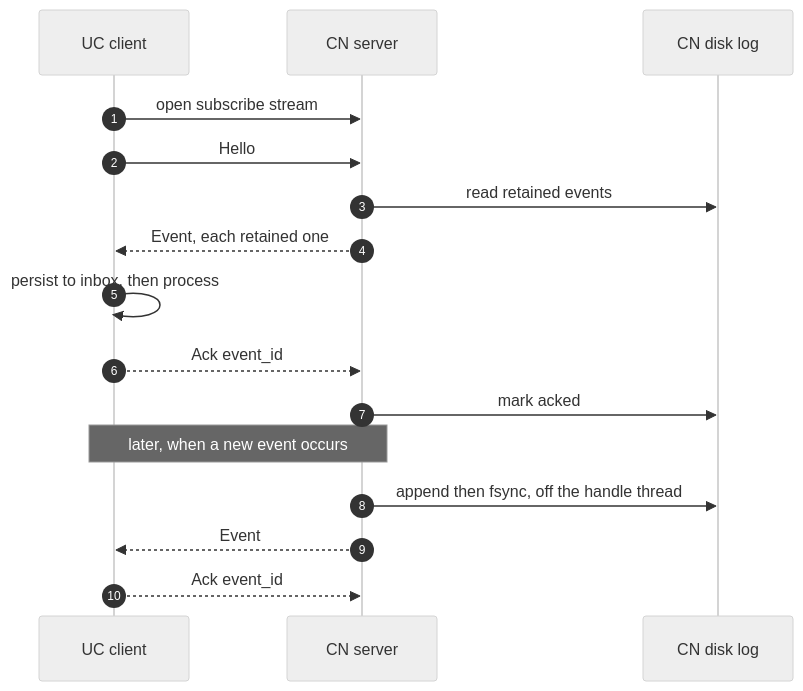
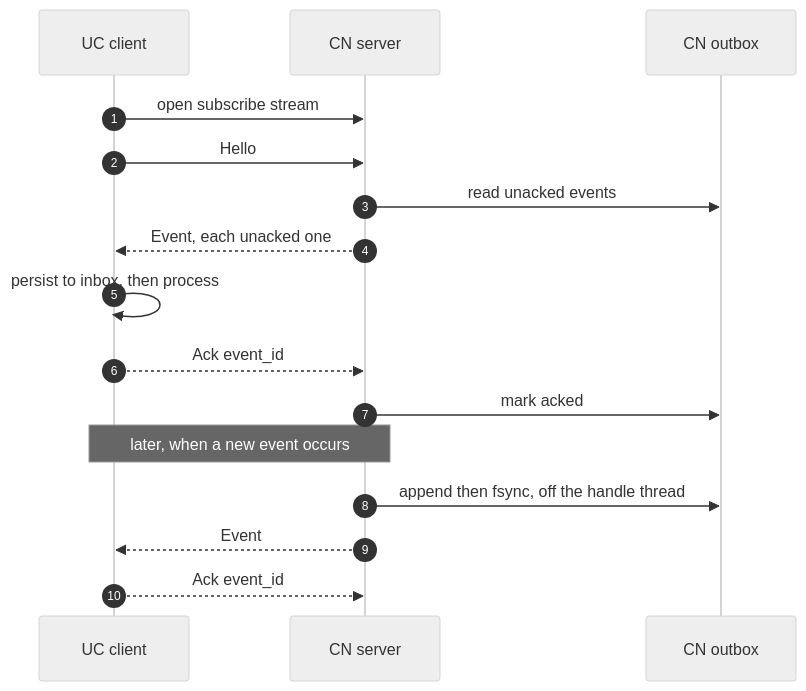
One commit to hashgraph/solo-operator changed the second of 4 diagrams in docs/design/dab-cn-uc-event-stream.md. Above: the diagram before and after it, drawn with Mermaid (neutral theme). The commit also changed other lines of this file, not shown here.

First line of the commit message:
docs(design): rename the CN log to outbox; fix volume model; drop version-in-id claim

````diff
--- a/docs/design/dab-cn-uc-event-stream.md
+++ b/docs/design/dab-cn-uc-event-stream.md
@@ -135,19 +135,19 @@
 ```mermaid
 sequenceDiagram
     autonumber
     participant UC as UC client
     participant CN as CN server
-    participant LOG as CN disk log
+    participant OUT as CN outbox
 
     UC->>CN: open subscribe stream
     UC->>CN: Hello
-    CN->>LOG: read retained events
-    CN-->>UC: Event, each retained one
+    CN->>OUT: read unacked events
+    CN-->>UC: Event, each unacked one
     UC->>UC: persist to inbox, then process
     UC-->>CN: Ack event_id
-    CN->>LOG: mark acked
+    CN->>OUT: mark acked
     Note over UC,CN: later, when a new event occurs
-    CN->>LOG: append then fsync, off the handle thread
+    CN->>OUT: append then fsync, off the handle thread
     CN-->>UC: Event
     UC-->>CN: Ack event_id
 ```
````
